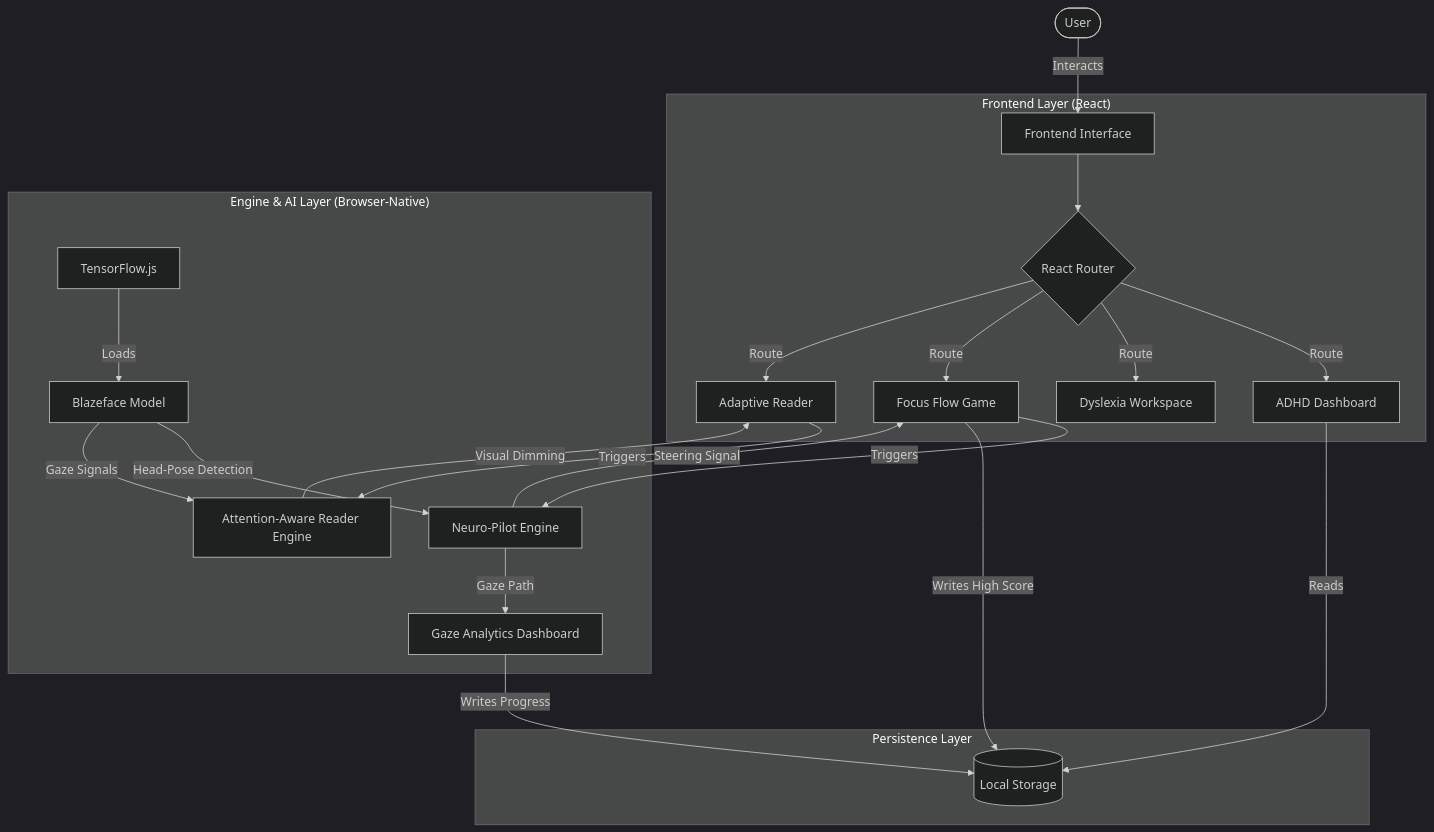
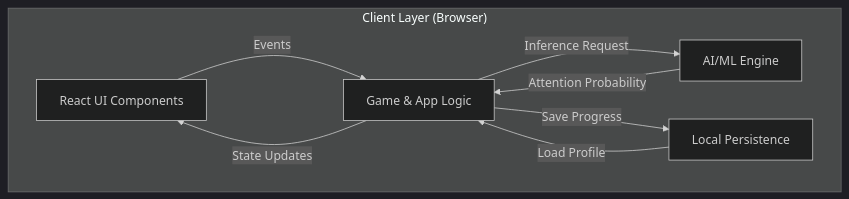
The first of 2 diagrams in README.md (imarnv/lock-focus), drawn with Mermaid (dark theme) before and after one commit. The commit also changed other lines of this file and 3 other files, not shown here.

````diff
--- a/README.md
+++ b/README.md
@@ -12,39 +16,16 @@
 ```mermaid
 graph TD
-    %% Actors
-    User([User]) -->|Interacts| UI[Frontend Interface]
-
-    %% Frontend Layer
-    subgraph "Frontend Layer (React)"
-        UI --> Router{React Router}
-        Router -->|Route| P1[ADHD Dashboard]
-        Router -->|Route| P2[Dyslexia Workspace]
-        Router -->|Route| P3[Focus Flow Game]
-        Router -->|Route| P4[Adaptive Reader]
+    subgraph "Client Layer (Browser)"
+        UI[React UI Components]
+        Logic[Game & App Logic]
+        AI[AI/ML Engine]
+        Storage[Local Persistence]
     end
 
-    %% Logic & Engine Layer
-    subgraph "Engine & AI Layer (Browser-Native)"
-        %% Neuro-Pilot Engine
-        P3 -->|Triggers| NP_Engine[Neuro-Pilot Engine]
-        TF[TensorFlow.js] -->|Loads| Blaze[Blazeface Model]
-        Blaze -->|Head-Pose Detection| NP_Engine
-        NP_Engine -->|Steering Signal| P3
-
-        %% Gaze Analytics
-        NP_Engine -->|Gaze Path| Analytics[Gaze Analytics Dashboard]
-        
-        %% Adaptive Reader
-        P4 -->|Triggers| Reader_Engine[Attention-Aware Reader Engine]
-        Blaze -->|Gaze Signals| Reader_Engine
-        Reader_Engine -->|Visual Dimming| P4
-    end
-
-    %% Data Layer
-    subgraph "Persistence Layer"
-        Store[(Local Storage)]
-        P1 -->|Reads| Store
-        Analytics -->|Writes Progress| Store
-        P3 -->|Writes High Score| Store
-    end
+    UI -->|Events| Logic
+    Logic -->|State Updates| UI
+    Logic -->|Inference Request| AI
+    AI -->|Attention Probability| Logic
+    Logic -->|Save Progress| Storage
+    Storage -->|Load Profile| Logic
 ```
````
